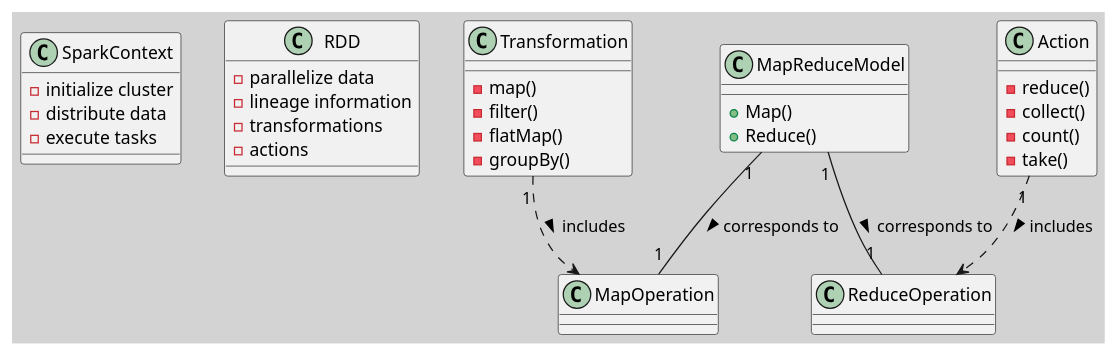
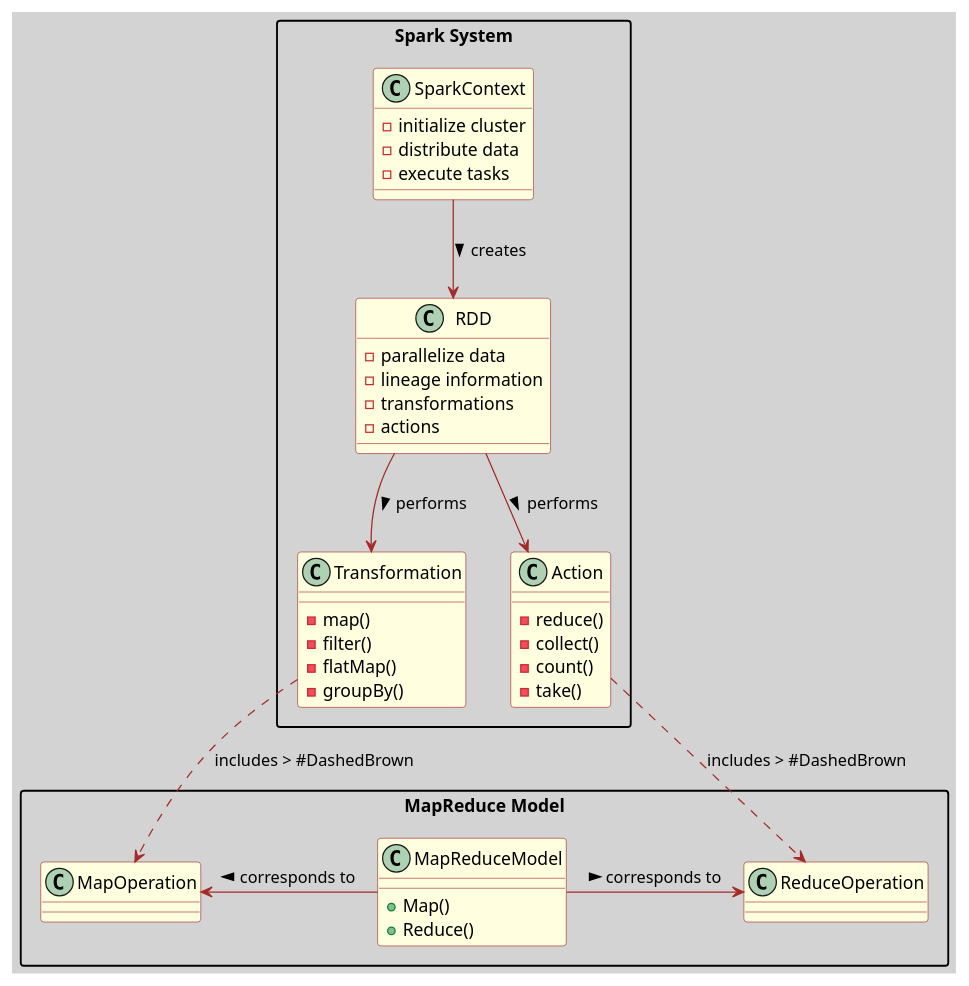
The diagram in architecture_diagrams/spark_mapreduce_comparison.puml (huangyingw/system_design), drawn with PlantUML before and after one commit.

```diff
--- a/architecture_diagrams/spark_mapreduce_comparison.puml
+++ b/architecture_diagrams/spark_mapreduce_comparison.puml
@@ -1,47 +1,64 @@
 @startuml
 skinparam backgroundColor #D3D3D3
 
+skinparam class {
+    BackgroundColor LightYellow
+    ArrowColor Brown
+    BorderColor Brown
+}
+
+skinparam packageStyle rectangle
+
+package "Spark System" {
 class SparkContext {
   - initialize cluster
   - distribute data
   - execute tasks
 }
 
 class RDD {
   - parallelize data
   - lineage information
   - transformations
   - actions
 }
 
 class Transformation {
   - map()
   - filter()
   - flatMap()
   - groupBy()
 }
 
 class Action {
   - reduce()
   - collect()
   - count()
   - take()
 }
+}
 
+package "MapReduce Model" {
 class MapReduceModel {
   + Map()
   + Reduce()
 }
 
 class MapOperation {
 }
 
 class ReduceOperation {
 }
+}
 
-MapReduceModel "1" -- "1" MapOperation : corresponds to >
-MapReduceModel "1" -- "1" ReduceOperation : corresponds to >
-Transformation "1" ..> MapOperation : includes >
-Action "1" ..> ReduceOperation : includes >
+SparkContext -down-> RDD : creates >
+RDD -down-> Transformation : performs >
+RDD -down-> Action : performs >
+Transformation -[hidden]down-> MapReduceModel 
+Action -[hidden]down-> MapReduceModel 
+MapReduceModel -left-> MapOperation : corresponds to >
+MapReduceModel -right-> ReduceOperation : corresponds to >
+Transformation ..> MapOperation : includes > #DashedBrown
+Action ..> ReduceOperation : includes > #DashedBrown
 
 @enduml
```
